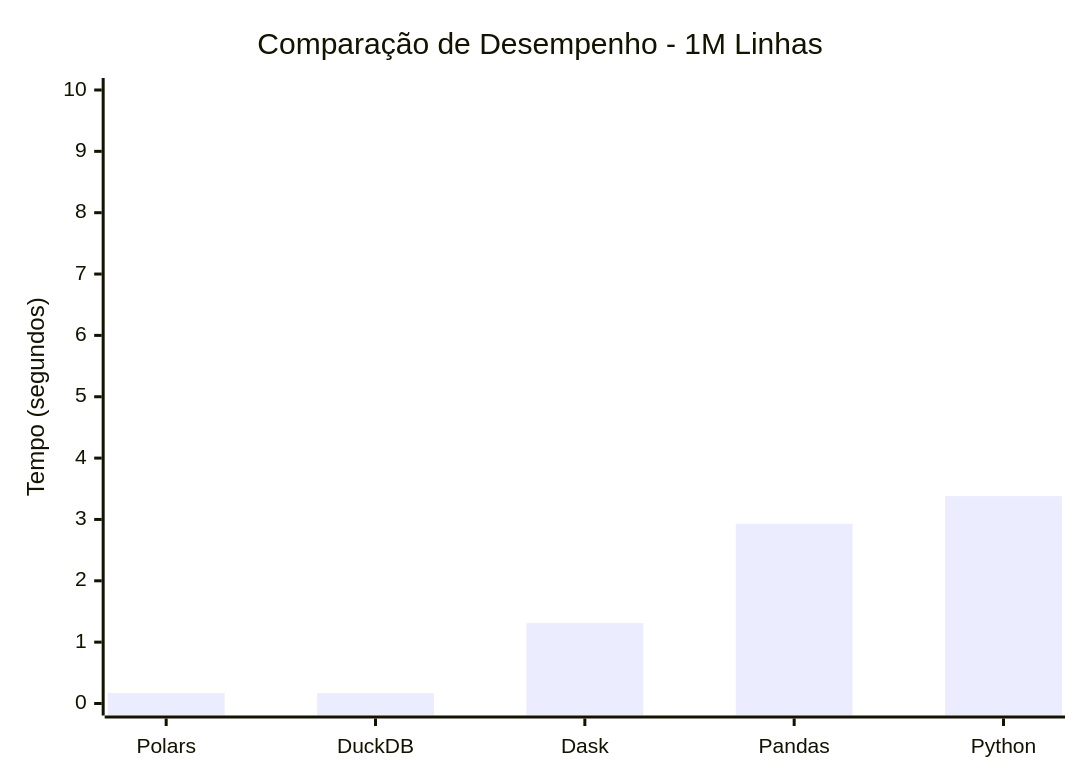
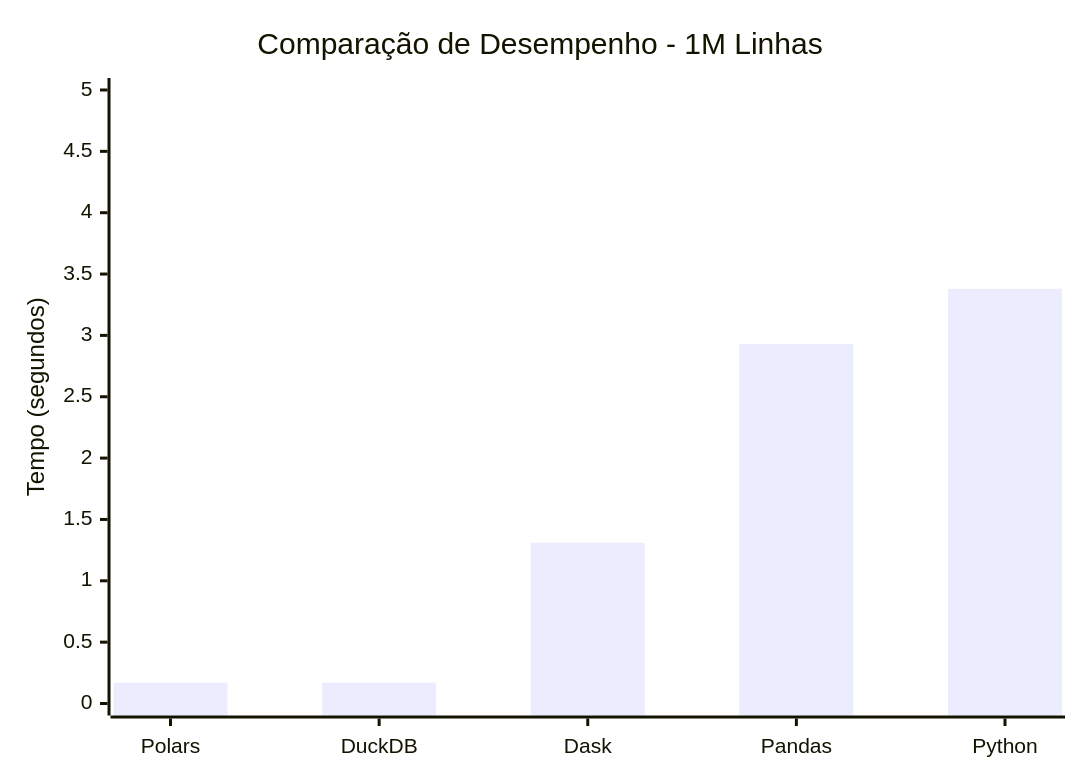
The third of 6 diagrams in README.md (rafaeljurkfitz/one-billion-row-challenge-python), drawn with Mermaid before and after one commit. The commit also changed other lines of this file, not shown here.

Commit message:
:books: docs: update the README.md

````diff
--- a/README.md
+++ b/README.md
@@ -146,7 +146,7 @@
 ```mermaid
 xychart-beta
     title "Comparação de Desempenho - 1M Linhas"
     x-axis ["Polars", "DuckDB", "Dask", "Pandas", "Python"]
-    y-axis "Tempo (segundos)" 0 --> 10
+    y-axis "Tempo (segundos)" 0 --> 5
     bar [0.17, 0.17, 1.31, 2.93, 3.38]
 ```
````
